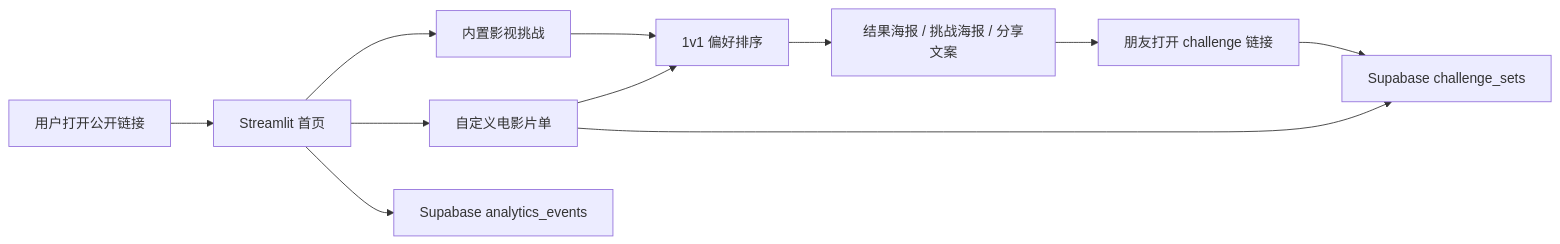
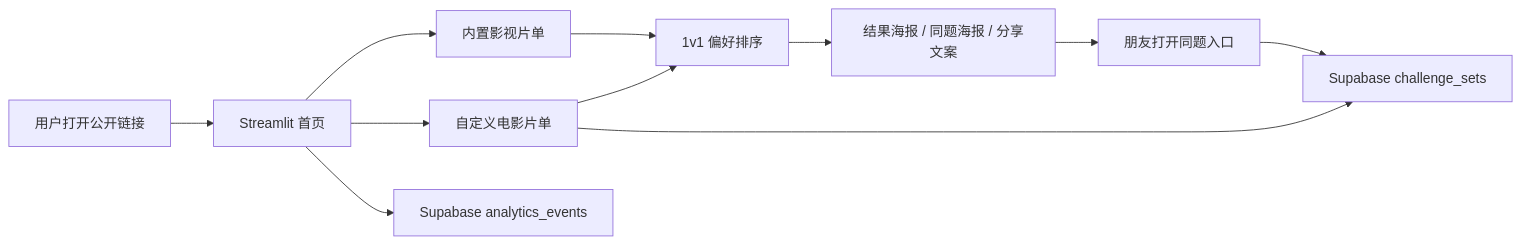
The diagram in README.md (Atirian-Chen/Sort_FilmsGame), drawn with Mermaid before and after one commit. The commit also changed other lines of this file and 3 other files, not shown here.

````diff
--- a/README.md
+++ b/README.md
@@ -68,13 +68,13 @@
 ```mermaid
 flowchart LR
   A[用户打开公开链接] --> B[Streamlit 首页]
-  B --> C[内置影视挑战]
+  B --> C[内置影视片单]
   B --> D[自定义电影片单]
   C --> E[1v1 偏好排序]
   D --> E
-  E --> F[结果海报 / 挑战海报 / 分享文案]
-  F --> G[朋友打开 challenge 链接]
+  E --> F[结果海报 / 同题海报 / 分享文案]
+  F --> G[朋友打开同题入口]
   B --> H[Supabase analytics_events]
   D --> I[Supabase challenge_sets]
   G --> I
 ```
````
